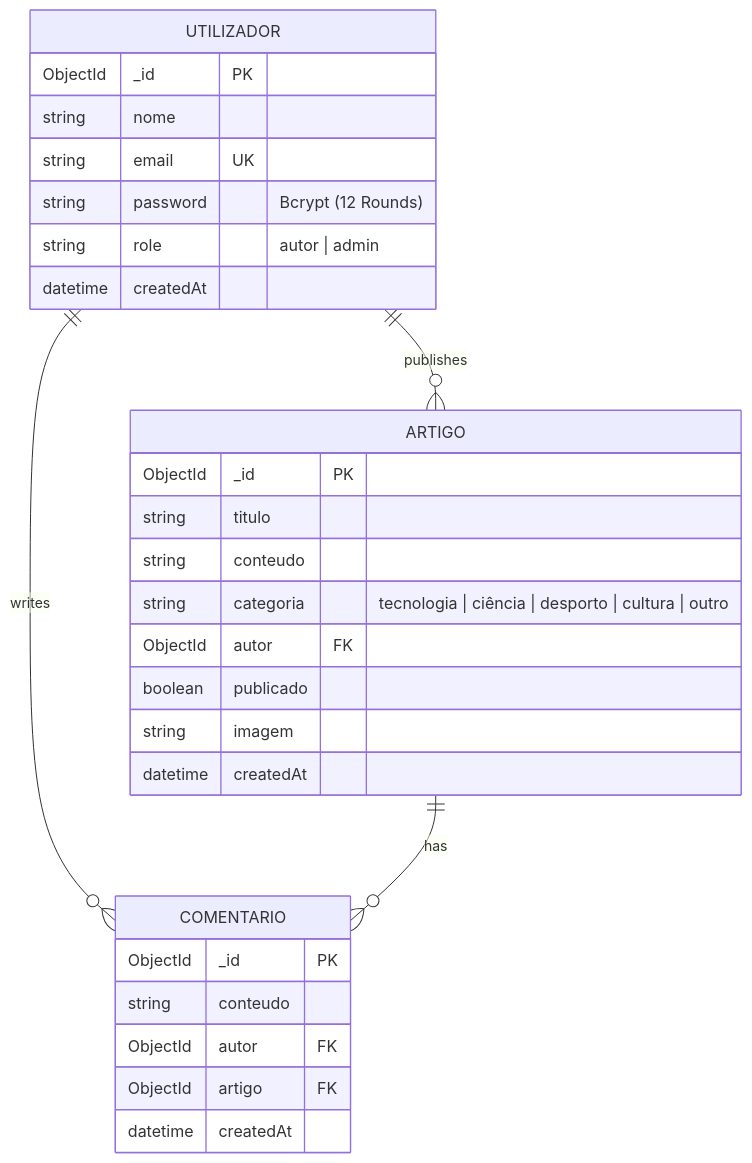
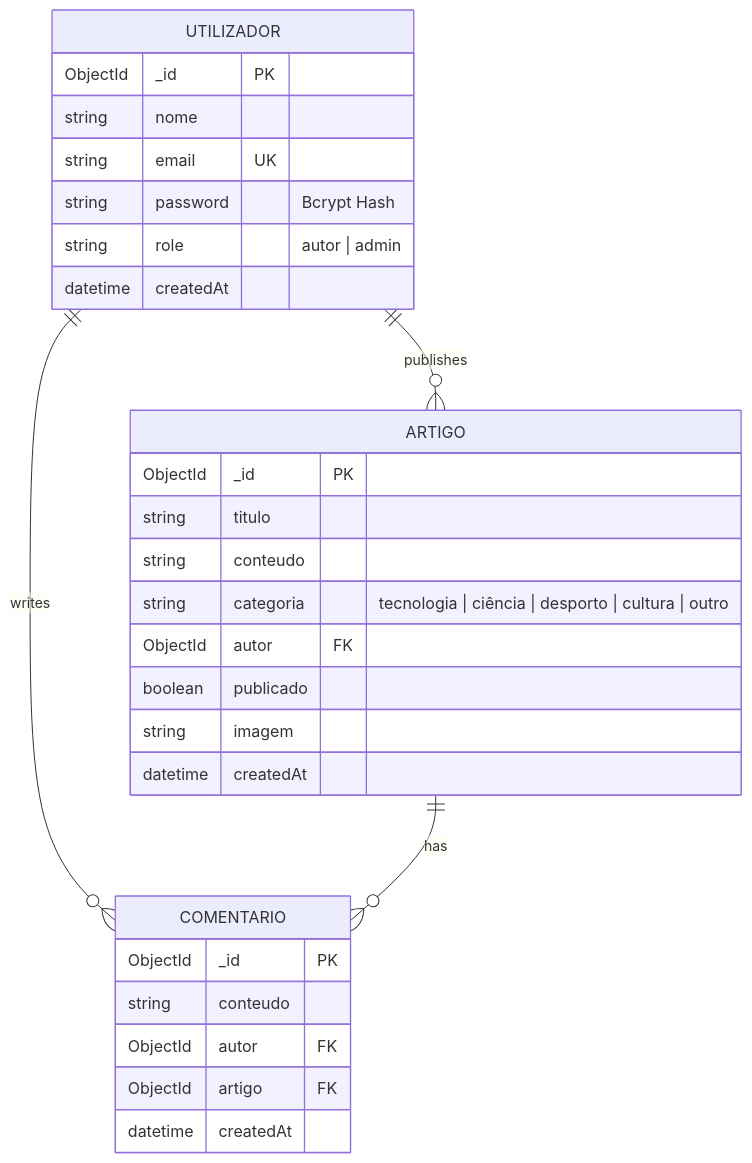
The second of 2 diagrams in README.md (Afonsojlc/blog-api), drawn with Mermaid before and after one commit. The commit also changed other lines of this file, not shown here.

````diff
--- a/README.md
+++ b/README.md
@@ -61,34 +59,34 @@
 ```mermaid
 erDiagram
     UTILIZADOR {
         ObjectId _id PK
         string nome
         string email UK
-        string password "Bcrypt (12 Rounds)"
+        string password "Bcrypt Hash"
         string role "autor | admin"
         datetime createdAt
     }
 
     ARTIGO {
         ObjectId _id PK
         string titulo
         string conteudo
         string categoria "tecnologia | ciência | desporto | cultura | outro"
         ObjectId autor FK
         boolean publicado
         string imagem
         datetime createdAt
     }
 
     COMENTARIO {
         ObjectId _id PK
         string conteudo
         ObjectId autor FK
         ObjectId artigo FK
         datetime createdAt
     }
 
     UTILIZADOR ||--o{ ARTIGO : "publishes"
     UTILIZADOR ||--o{ COMENTARIO : "writes"
     ARTIGO ||--o{ COMENTARIO : "has"
 ```
````
